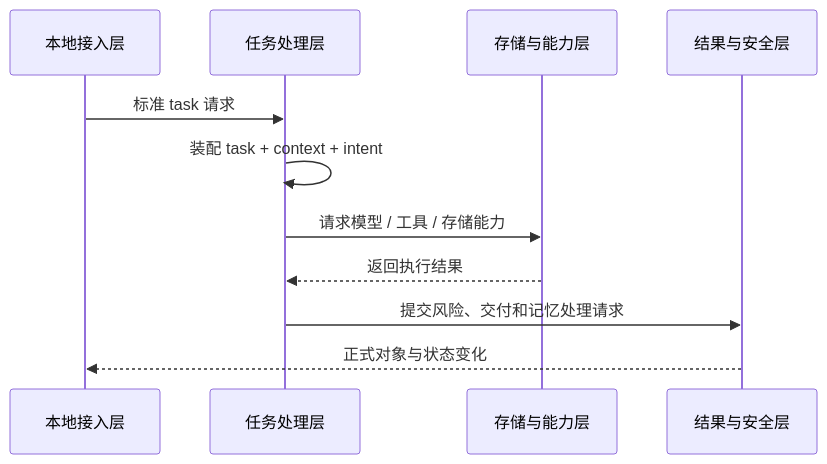
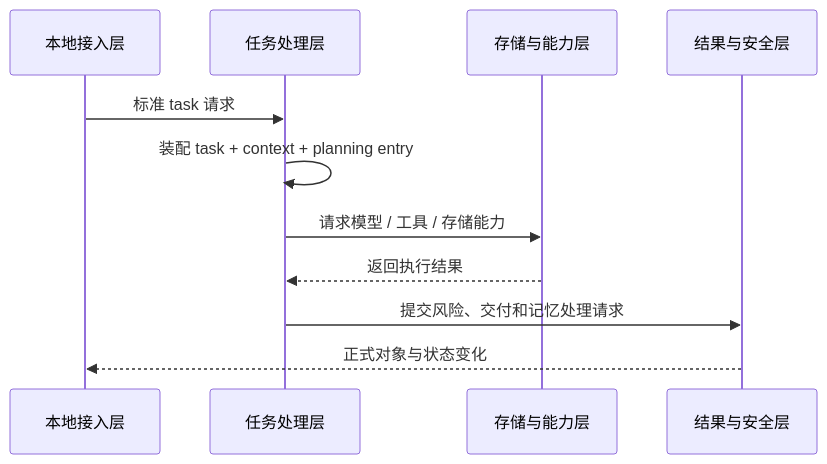
One commit to gdemonc/CialloClaw changed the seventh of 15 diagrams in docs/architecture-overview.md. Above: the diagram before and after it, drawn with Mermaid. The commit also changed other lines of this file and 4 other files, not shown here.

Commit message:
docs(agent-loop): align architecture and contributor rules

````diff
--- a/docs/architecture-overview.md
+++ b/docs/architecture-overview.md
@@ -430,14 +430,14 @@
 ```mermaid
 sequenceDiagram
     participant ACCESS as 本地接入层
     participant TASK as 任务处理层
     participant SUP as 存储与能力层
     participant SAFE as 结果与安全层
 
     ACCESS->>TASK: 标准 task 请求
-    TASK->>TASK: 装配 task + context + intent
+    TASK->>TASK: 装配 task + context + planning entry
     TASK->>SUP: 请求模型 / 工具 / 存储能力
     SUP-->>TASK: 返回执行结果
     TASK->>SAFE: 提交风险、交付和记忆处理请求
     SAFE-->>ACCESS: 正式对象与状态变化
 ```
````
